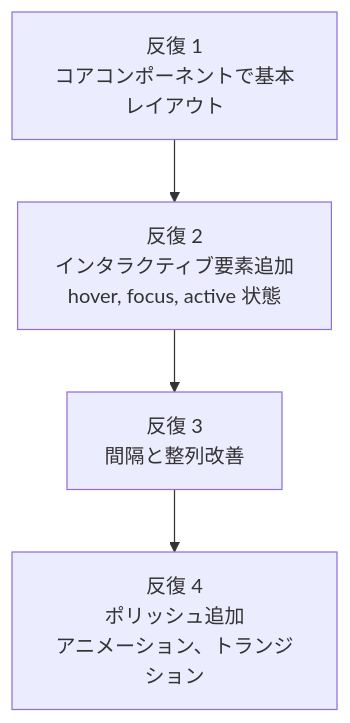
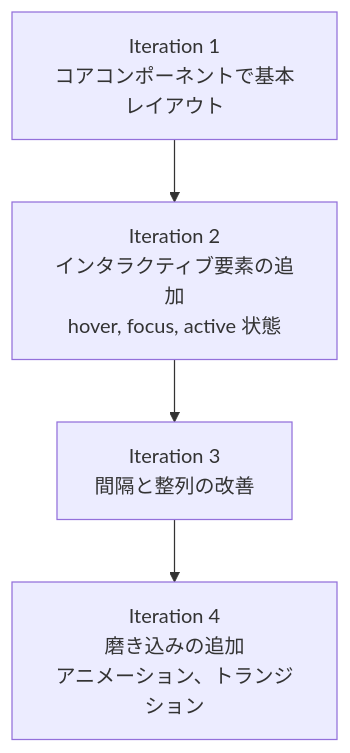
The third of 3 diagrams in docs-site/content/ja/advanced/stitch-guide.md (modu-ai/moai-adk), drawn with Mermaid before and after one commit. The commit also changed other lines of this file and 395 other files, not shown here.

````diff
--- a/docs-site/content/ja/advanced/stitch-guide.md
+++ b/docs-site/content/ja/advanced/stitch-guide.md
@@ -274,6 +274,6 @@
 ```mermaid
 flowchart TD
-    I1["反復 1<br>コアコンポーネントで基本レイアウト"] --> I2["反復 2<br>インタラクティブ要素追加<br>hover, focus, active 状態"]
-    I2 --> I3["反復 3<br>間隔と整列改善"]
-    I3 --> I4["反復 4<br>ポリッシュ追加<br>アニメーション、トランジション"]
+    I1["Iteration 1<br>コアコンポーネントで基本レイアウト"] --> I2["Iteration 2<br>インタラクティブ要素の追加<br>hover, focus, active 状態"]
+    I2 --> I3["Iteration 3<br>間隔と整列の改善"]
+    I3 --> I4["Iteration 4<br>磨き込みの追加<br>アニメーション、トランジション"]
 ```
````
